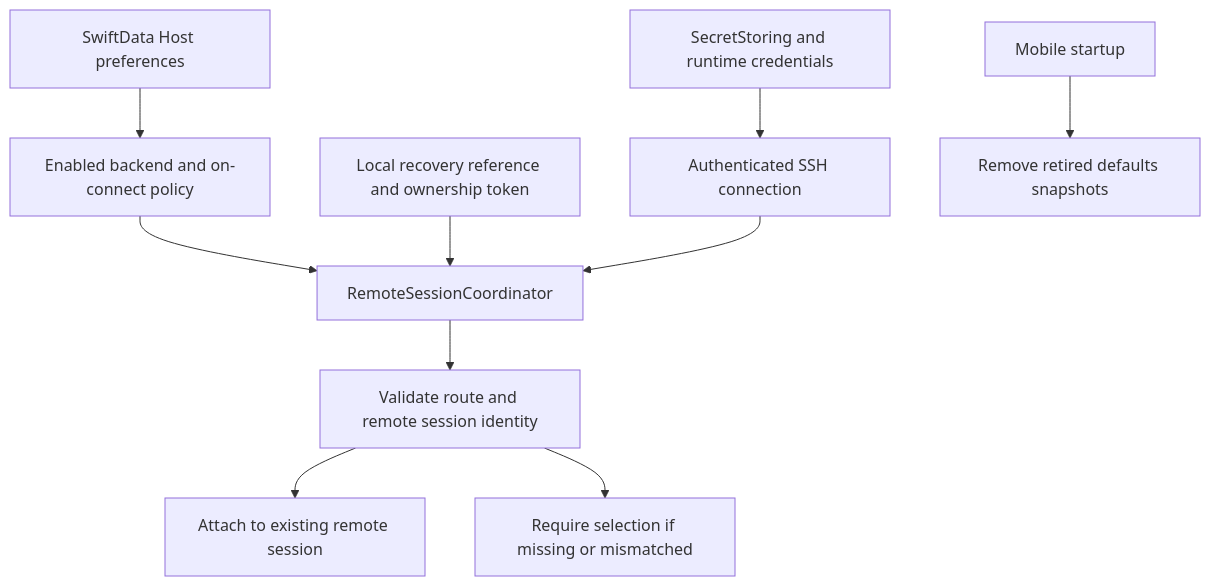
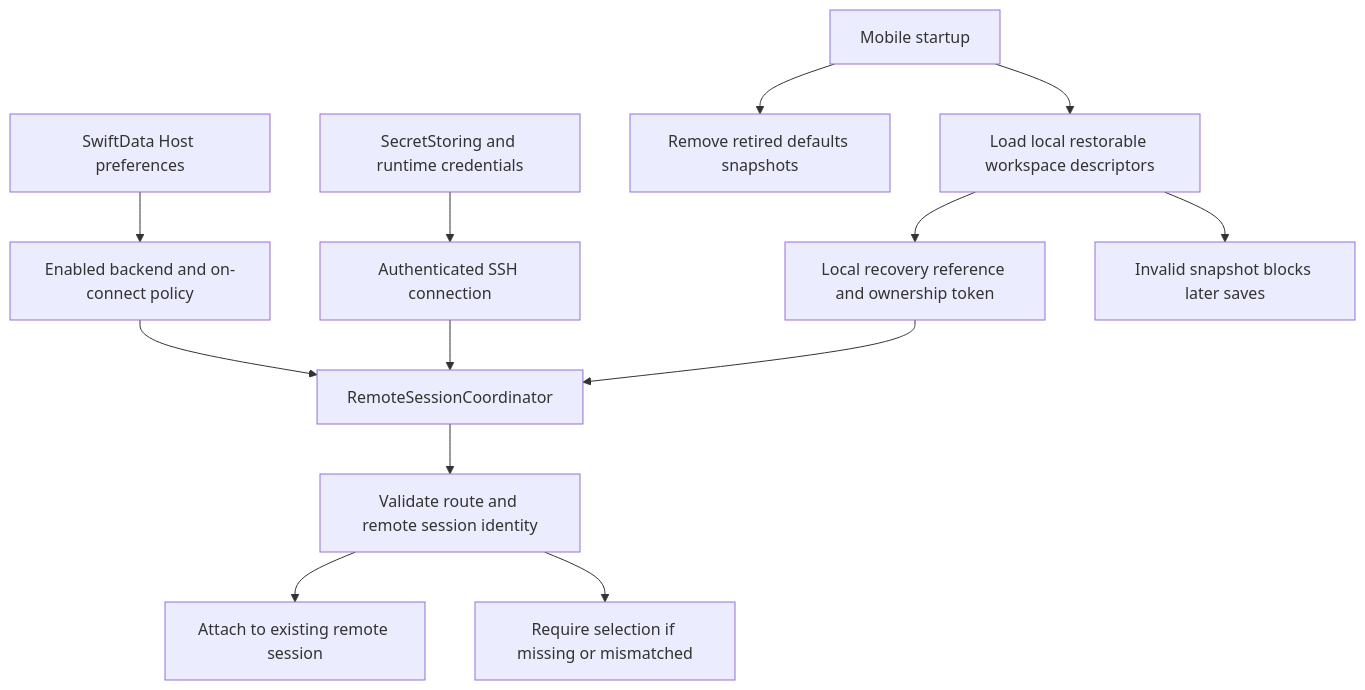
The fourth of 7 diagrams in openwiki/concepts/persistence-and-secrets.md (AkinoKaede/Termind), drawn with Mermaid before and after one commit. The commit also changed other lines of this file and 61 other files, not shown here.

````diff
--- a/openwiki/concepts/persistence-and-secrets.md
+++ b/openwiki/concepts/persistence-and-secrets.md
@@ -297,12 +315,15 @@
 ```mermaid
 flowchart TD
     HostRow["SwiftData Host preferences"] --> Policy["Enabled backend and on-connect policy"]
     Policy --> Coordinator["RemoteSessionCoordinator"]
     Reference["Local recovery reference and ownership token"] --> Coordinator
     Coordinator --> Verify["Validate route and remote session identity"]
     Verify --> Attach["Attach to existing remote session"]
     Verify --> Select["Require selection if missing or mismatched"]
     Secrets["SecretStoring and runtime credentials"] --> SSH["Authenticated SSH connection"]
     SSH --> Coordinator
     Retire["Mobile startup"] --> Remove["Remove retired defaults snapshots"]
+    Retire --> Intent["Load local restorable workspace descriptors"]
+    Intent --> Reference
+    Intent --> Invalid["Invalid snapshot blocks later saves"]
 ```
````
